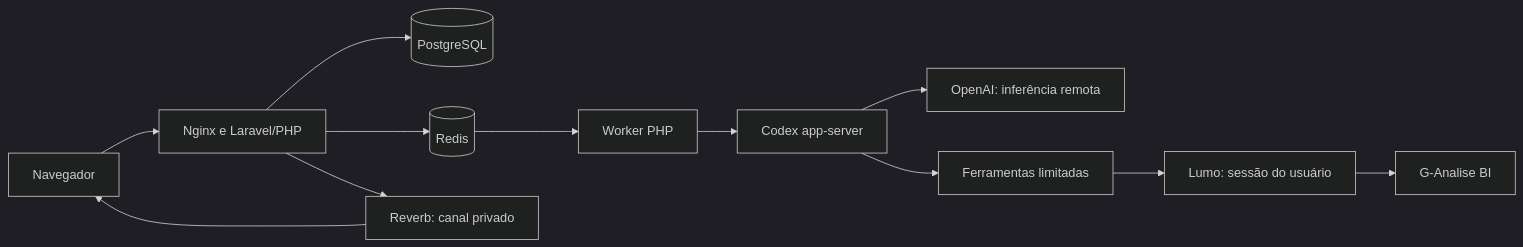
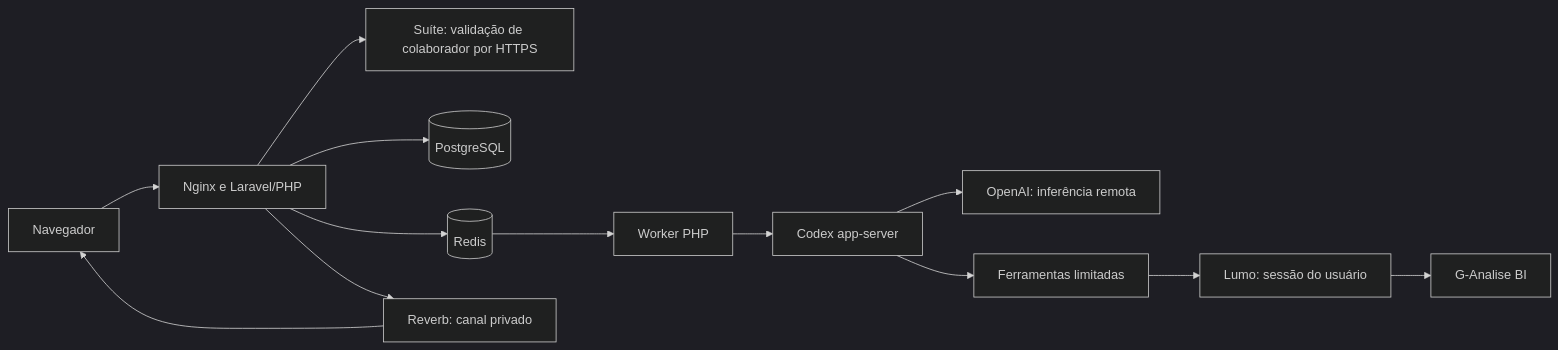
One commit to raafaelb/g-analise-ia changed the diagram in docs/arquitetura.md. Above: the diagram before and after it, drawn with Mermaid (dark theme). The commit also changed other lines of this file and 59 other files, not shown here.

````diff
--- a/docs/arquitetura.md
+++ b/docs/arquitetura.md
@@ -3,14 +3,15 @@
 ```mermaid
 flowchart LR
  U[Navegador] --> W[Nginx e Laravel/PHP]
+ W --> S[Suíte: validação de colaborador por HTTPS]
  W --> P[(PostgreSQL)]
  W --> R[(Redis)]
  R --> Q[Worker PHP]
  Q --> C[Codex app-server]
  C --> O[OpenAI: inferência remota]
  C --> B[Ferramentas limitadas]
  B --> L[Lumo: sessão do usuário]
  L --> H[G-Analise BI]
  W --> E[Reverb: canal privado]
  E --> U
 ```
````
